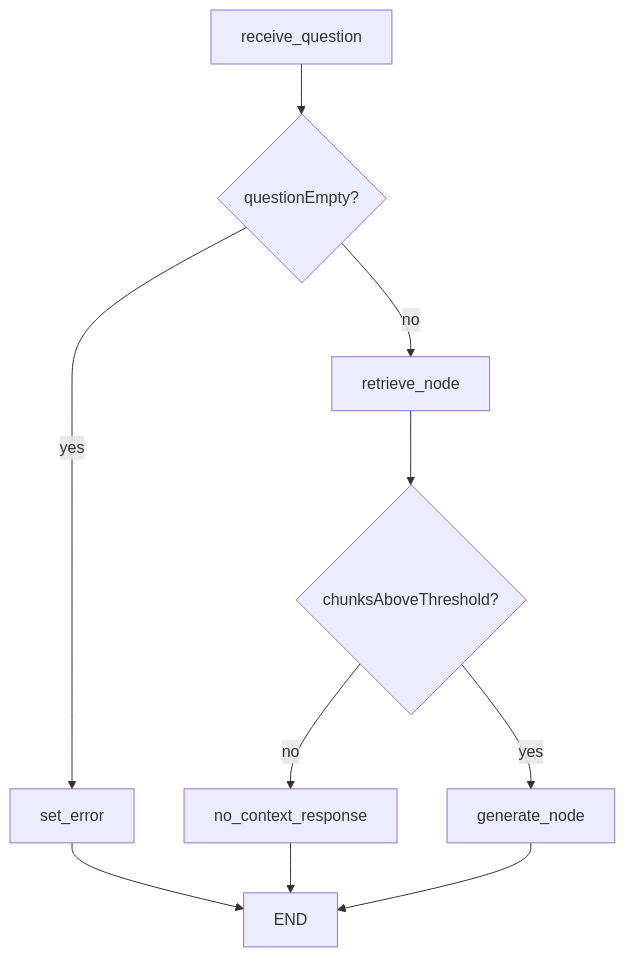
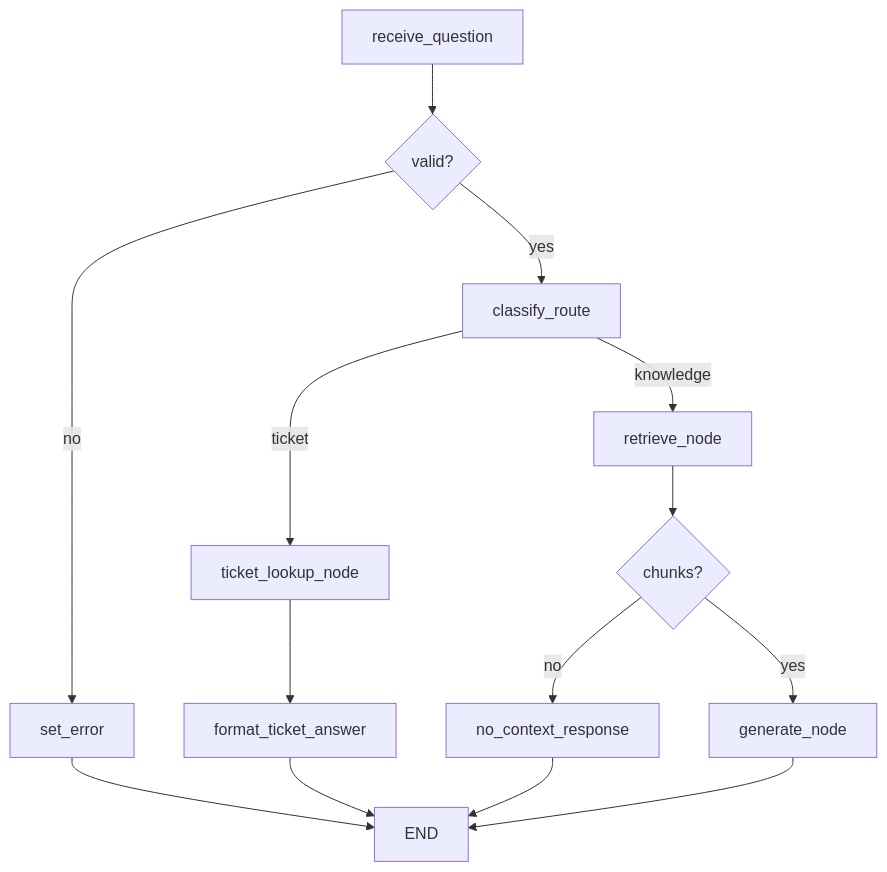
One commit to 4GeeksAcademy/matt_mcallister_public_website_project changed the diagram in agents/support_agent/README.md. Above: the diagram before and after it, drawn with Mermaid. The commit also changed other lines of this file and 11 other files, not shown here.

````diff
--- a/agents/support_agent/README.md
+++ b/agents/support_agent/README.md
@@ -11,12 +11,16 @@
 ```mermaid
 flowchart TD
-  receiveQuestion[receive_question] --> emptyQ{questionEmpty?}
-  emptyQ -->|yes| setError[set_error]
-  emptyQ -->|no| retrieveNode[retrieve_node]
-  retrieveNode --> hasCtx{chunksAboveThreshold?}
+  receiveQuestion[receive_question] --> validQ{valid?}
+  validQ -->|no| setError[set_error]
+  validQ -->|yes| classify[classify_route]
+  classify -->|ticket| ticketLookup[ticket_lookup_node]
+  classify -->|knowledge| retrieveNode[retrieve_node]
+  ticketLookup --> ticketAnswer[format_ticket_answer]
+  ticketAnswer --> endNode[END]
+  setError --> endNode
+  retrieveNode --> hasCtx{chunks?}
   hasCtx -->|no| noContext[no_context_response]
   hasCtx -->|yes| generateNode[generate_node]
-  setError --> endNode[END]
   noContext --> endNode
   generateNode --> endNode
 ```
````
